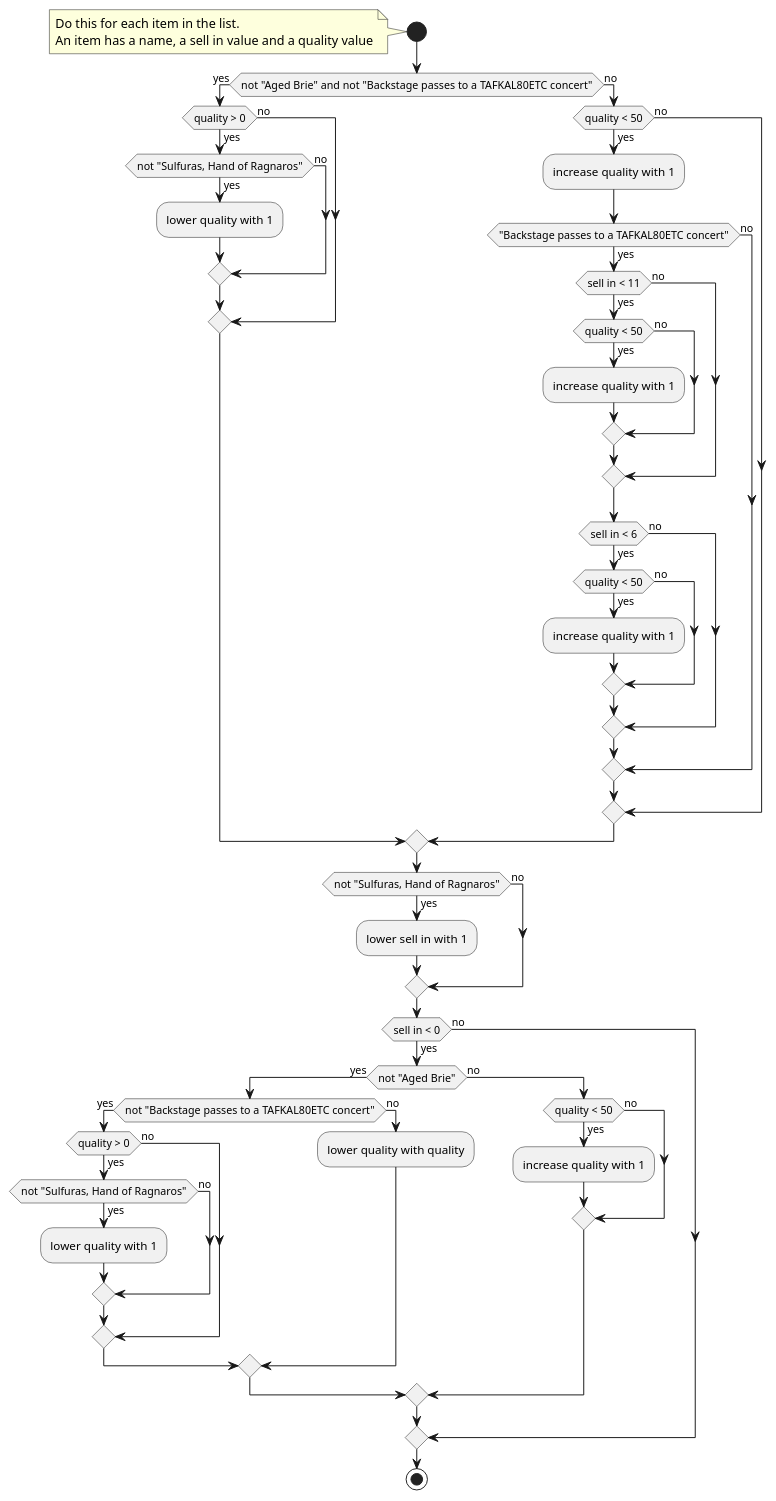
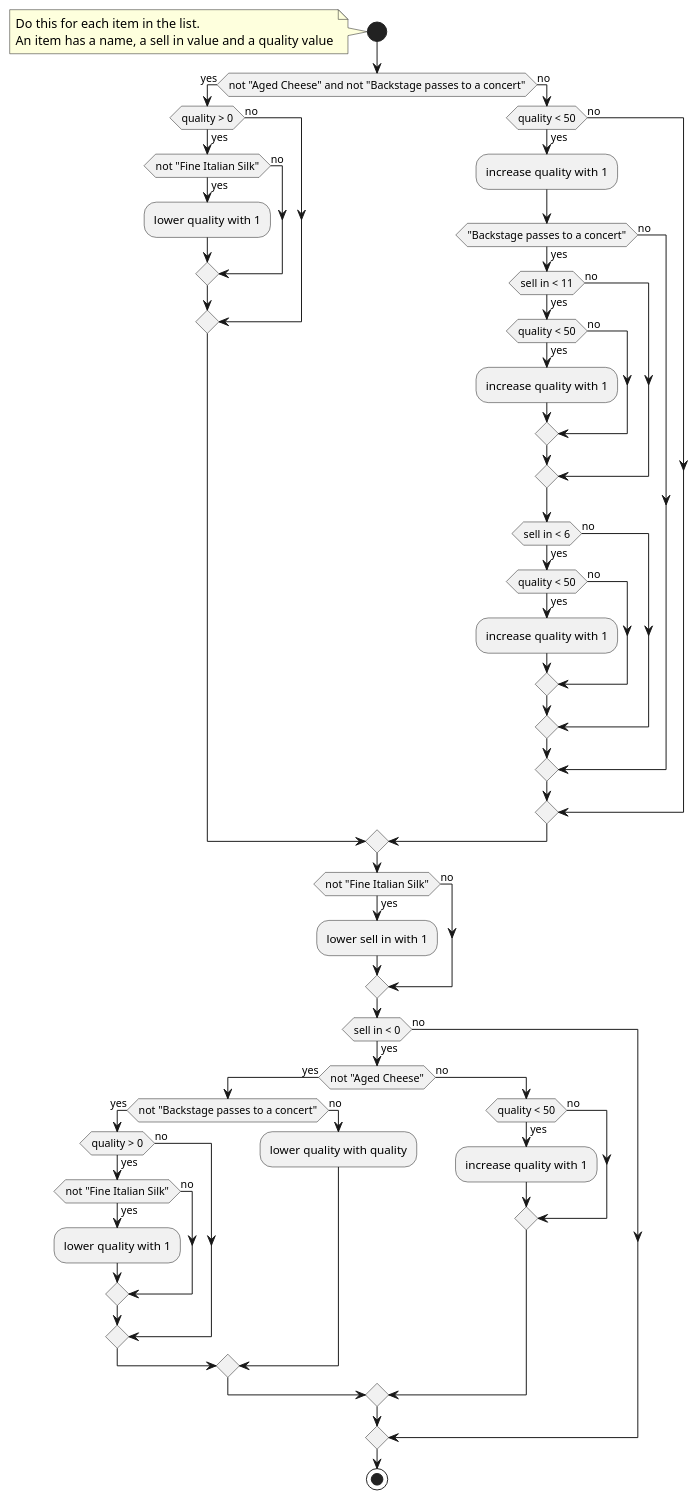
One commit to emilybache/GildedRose-Refactoring-Kata changed the diagram in plantuml/gilded-rose.puml. Above: the diagram before and after it, drawn with PlantUML. The commit also changed 119 other files, not shown here.

```diff
--- a/plantuml/gilded-rose.puml
+++ b/plantuml/gilded-rose.puml
@@ -1,72 +1,72 @@
 @startuml
 
 skinparam backgroundColor transparent
 
 start
 note left
     Do this for each item in the list.
     An item has a name, a sell in value and a quality value
 end note
 
-if (not "Aged Brie" and not "Backstage passes to a TAFKAL80ETC concert") then (yes)
+if (not "Aged Cheese" and not "Backstage passes to a concert") then (yes)
     if (quality > 0) then (yes)
-        if (not "Sulfuras, Hand of Ragnaros") then (yes)
+        if (not "Fine Italian Silk") then (yes)
             :lower quality with 1;
         else (no)
         endif
     else (no)
     endif
 else (no)
     if (quality < 50) then (yes)
         :increase quality with 1;
-        if ("Backstage passes to a TAFKAL80ETC concert") then (yes)
+        if ("Backstage passes to a concert") then (yes)
             if (sell in < 11) then (yes)
                 if (quality < 50) then (yes)
                     :increase quality with 1;
                 else (no)
                 endif
             else (no)
             endif
             if (sell in < 6) then (yes)
                 if (quality < 50) then (yes)
                     :increase quality with 1;
                 else (no)
                 endif
             else (no)
             endif
         else (no)
         endif
     else (no)
     endif
 endif
 
-if (not "Sulfuras, Hand of Ragnaros") then (yes)
+if (not "Fine Italian Silk") then (yes)
     :lower sell in with 1;
 else (no)
 endif
 
 if (sell in < 0) then (yes)
-    if (not "Aged Brie") then (yes)
-        if (not "Backstage passes to a TAFKAL80ETC concert") then (yes)
+    if (not "Aged Cheese") then (yes)
+        if (not "Backstage passes to a concert") then (yes)
             if (quality > 0) then (yes)
-                if (not "Sulfuras, Hand of Ragnaros") then (yes)
+                if (not "Fine Italian Silk") then (yes)
                     :lower quality with 1;
                 else (no)
                 endif
             else (no)
             endif
         else (no)
             :lower quality with quality;
         endif
     else (no)
         if (quality < 50) then (yes)
             :increase quality with 1;
         else (no)
         endif
     endif
 else (no)
 endif
 
 stop
 
 @enduml
```
